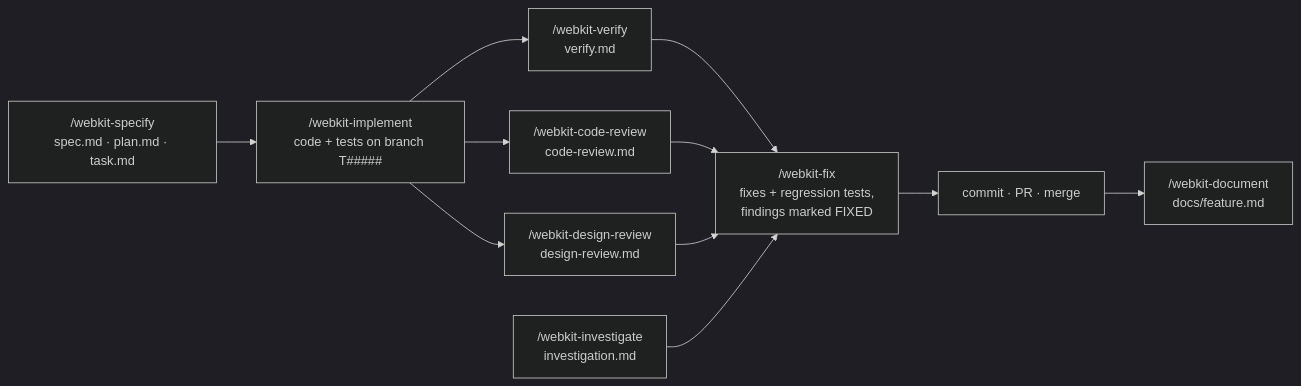
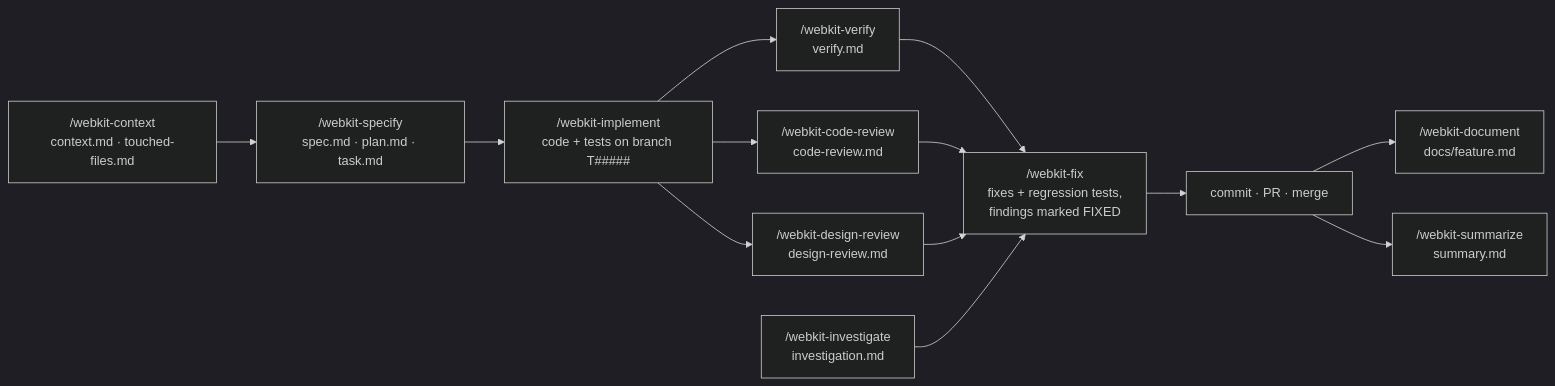
One commit to ZentreLinkCore/agent-skills changed the diagram in README.md. Above: the diagram before and after it, drawn with Mermaid (dark theme). The commit also changed other lines of this file and 97 other files, not shown here.

First line of the commit message:
refactor(kit): split rules into core and conditional, add context and summarize skills

````diff
--- a/README.md
+++ b/README.md
@@ -89,13 +92,15 @@
 ```mermaid
 flowchart LR
+    X["/webkit-context<br/>context.md · touched-files.md"] --> S
     S["/webkit-specify<br/>spec.md · plan.md · task.md"] --> I["/webkit-implement<br/>code + tests on branch T#####"]
     I --> V["/webkit-verify<br/>verify.md"]
     I --> C["/webkit-code-review<br/>code-review.md"]
     I --> D["/webkit-design-review<br/>design-review.md"]
     V --> F["/webkit-fix<br/>fixes + regression tests,<br/>findings marked FIXED"]
     C --> F
     D --> F
     F --> M["commit · PR · merge"]
     M --> G["/webkit-document<br/>docs/feature.md"]
+    M --> Z["/webkit-summarize<br/>summary.md"]
     B["/webkit-investigate<br/>investigation.md"] --> F
 ```
````
